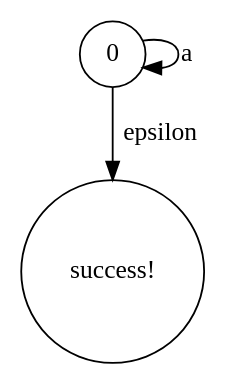
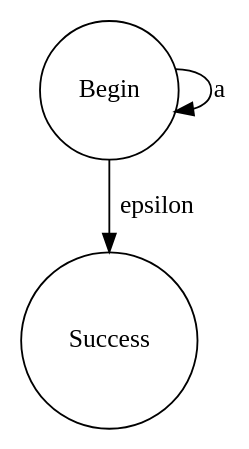
Before and after one commit to ayanamists/MyRegEngine: the diagram in MyRegEngine/bin/Debug/netcoreapp3.1/TestCase2.dot, drawn with Graphviz. The commit also changed 26 other files, not shown here.

```diff
--- a/MyRegEngine/bin/Debug/netcoreapp3.1/TestCase2.dot
+++ b/MyRegEngine/bin/Debug/netcoreapp3.1/TestCase2.dot
@@ -1,1 +1,1 @@
-digraph TestCase2 { 0 [shape=circle,label="0"]; success [shape=circle,label="success!"]; 0 -> 0[label="a"]; 0 -> success[label="epsilon"]; }
+digraph TestCase2 { 0 [shape=circle,label="Begin"]; 1 [shape=circle,label="Success"]; 0 -> 0[label="a"]; 0 -> 1[label="epsilon"]; }
```
